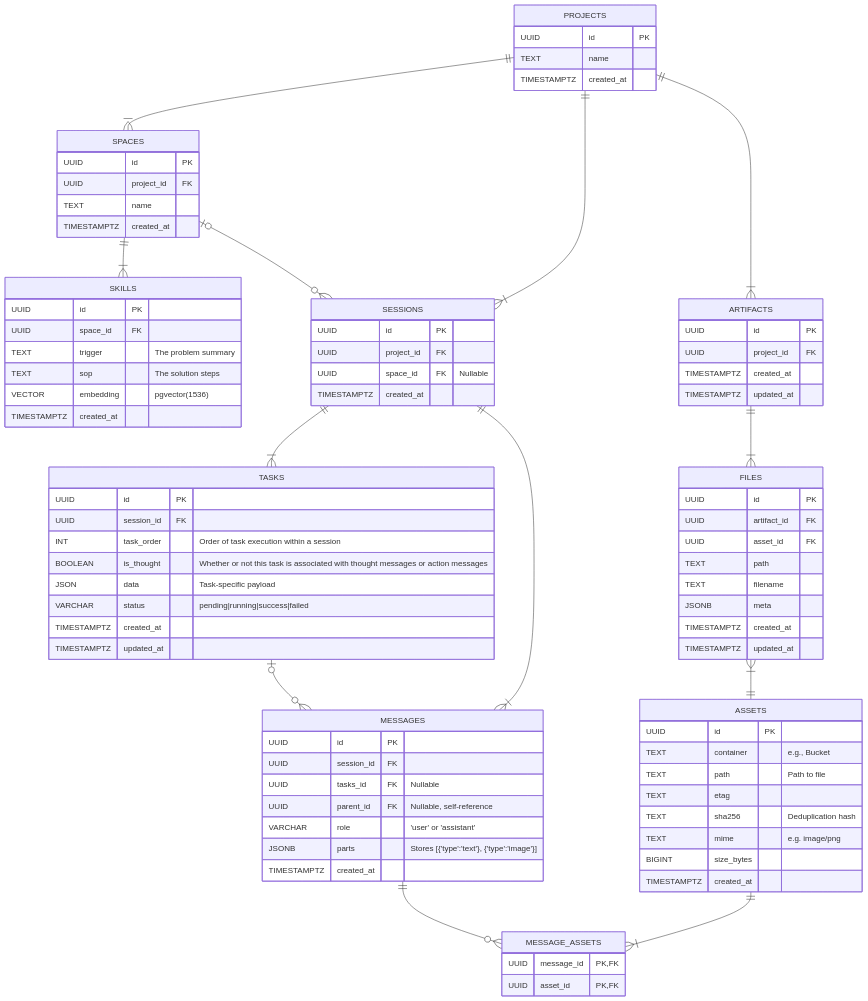
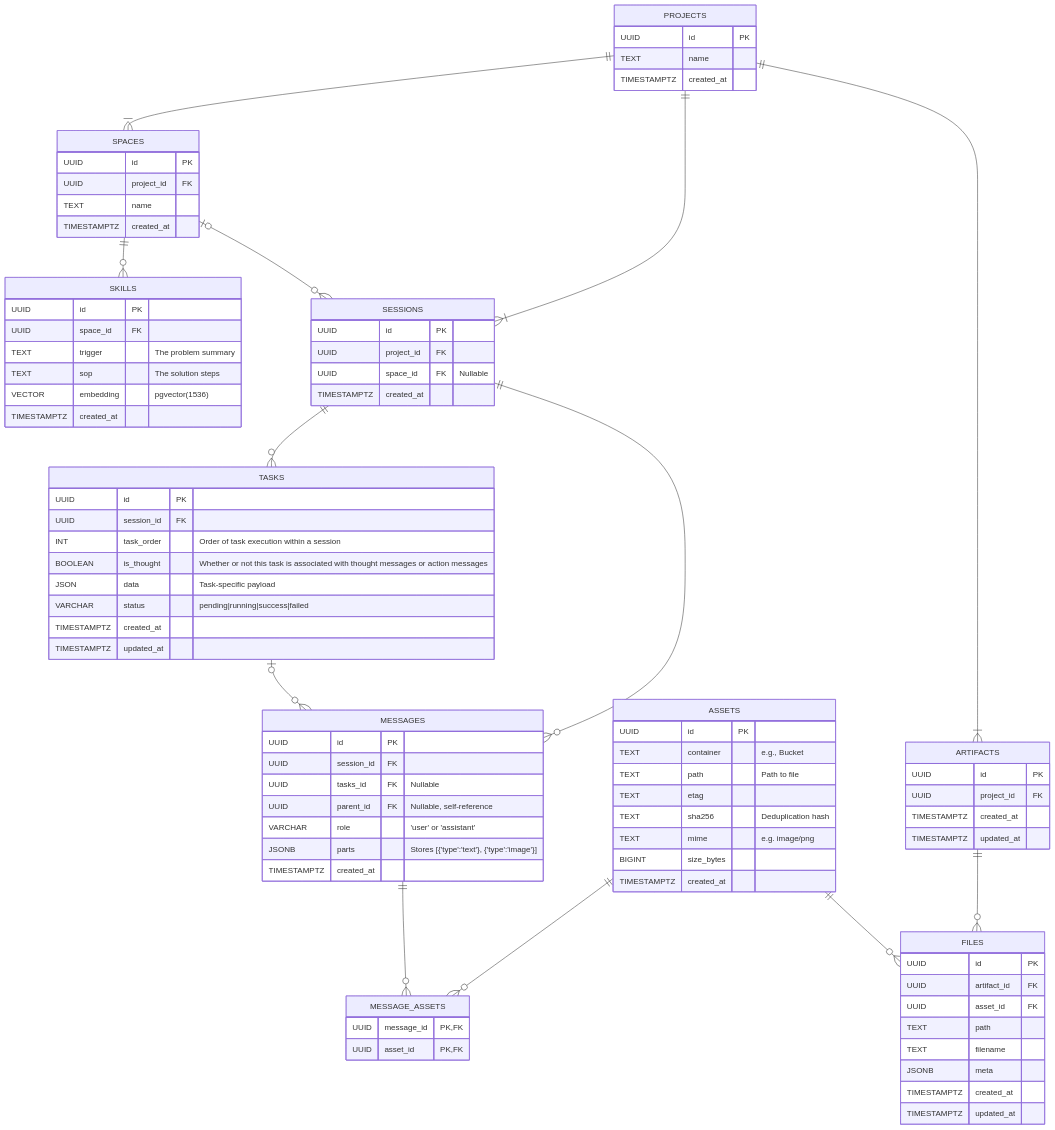
One commit to w-h-a/gomento changed the second of 2 diagrams in README.md. Above: the diagram before and after it, drawn with Mermaid.

Commit message:
docs: update README (#54)

````diff
--- a/README.md
+++ b/README.md
@@ -155,16 +155,16 @@
     PROJECTS ||--|{ SESSIONS : ""
     PROJECTS ||--|{ ARTIFACTS : ""
     
-    SPACES ||--|{ SKILLS : ""
+    SPACES ||--o{ SKILLS : ""
     SPACES |o--o{ SESSIONS : ""
     
-    SESSIONS ||--|{ TASKS : ""
+    SESSIONS ||--o{ TASKS : ""
     TASKS |o--o{ MESSAGES : ""
-    SESSIONS ||--|{ MESSAGES : ""
+    SESSIONS ||--o{ MESSAGES : ""
 
     MESSAGES ||--o{ MESSAGE_ASSETS : ""
-    ASSETS ||--|{ MESSAGE_ASSETS : ""
+    ASSETS ||--o{ MESSAGE_ASSETS : ""
 
-    ARTIFACTS ||--|{ FILES : ""
-    FILES }|--|| ASSETS : ""
+    ARTIFACTS ||--o{ FILES : ""
+    ASSETS ||--o{ FILES : ""
 ```
````
